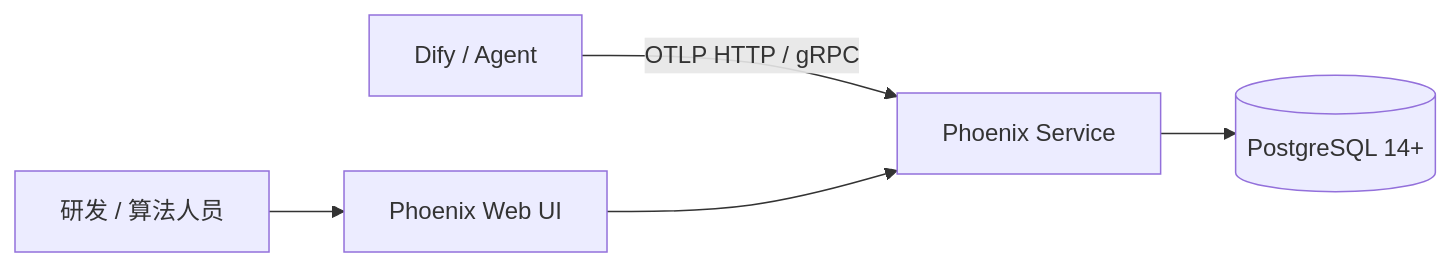
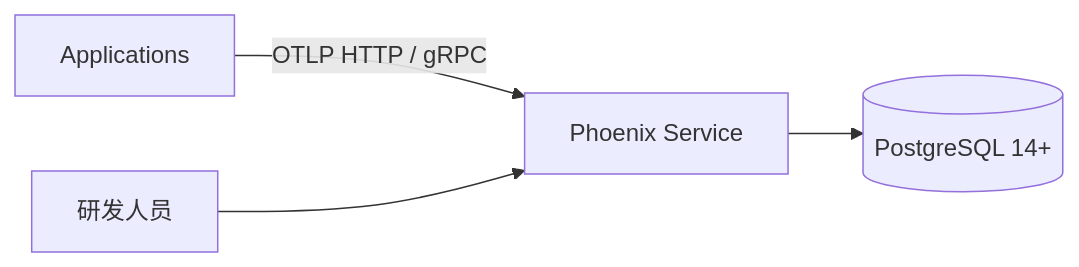
One commit to sgfd-ui/internship changed the fifth of 15 diagrams in weekly-report/phoenix-langfuse-research.md. Above: the diagram before and after it, drawn with Mermaid. The commit also changed other lines of this file, not shown here.

Commit message:
docs: generalize Phoenix and Langfuse research to Agent platform scope

````diff
--- a/weekly-report/phoenix-langfuse-research.md
+++ b/weekly-report/phoenix-langfuse-research.md
@@ -181,7 +149,6 @@
 ```mermaid
 flowchart LR
-    D[Dify / Agent] -->|OTLP HTTP / gRPC| P[Phoenix Service]
+    A[Applications] -->|OTLP HTTP / gRPC| P[Phoenix Service]
     P --> DB[(PostgreSQL 14+)]
-    U[研发 / 算法人员] --> UI[Phoenix Web UI]
-    UI --> P
+    U[研发人员] --> P
 ```
````
